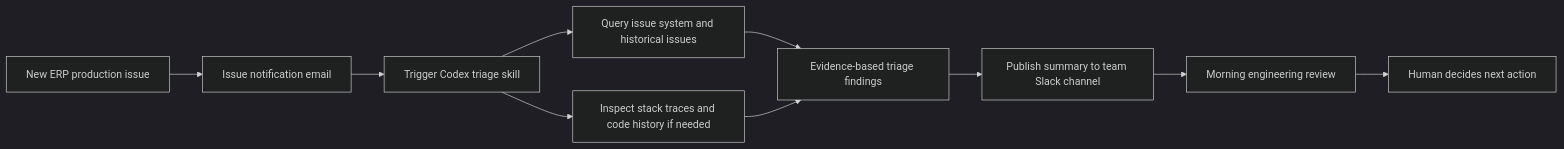
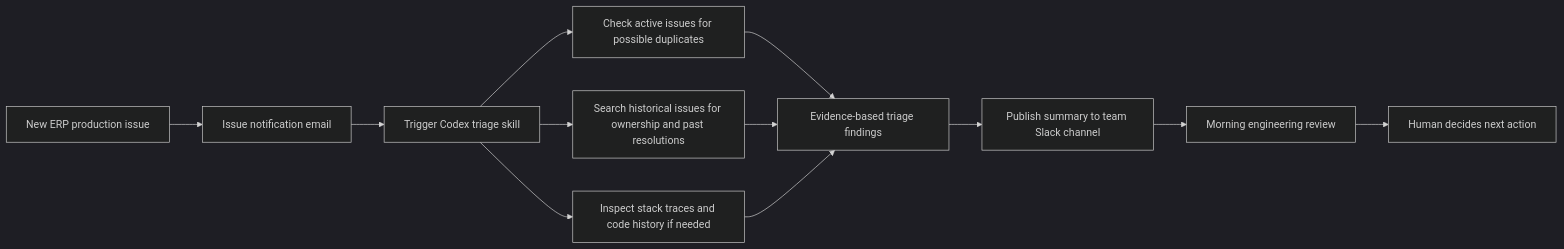
The diagram in docs/diagrams/01-v1-event-pipeline.mmd (yrshenoy/IssuePilot), drawn with Mermaid (dark theme) before and after one commit.

Commit message:
docs: include live issue duplicate detection in V1

```diff
--- a/docs/diagrams/01-v1-event-pipeline.mmd
+++ b/docs/diagrams/01-v1-event-pipeline.mmd
@@ -1,10 +1,12 @@
 flowchart LR
     A["New ERP production issue"] --> B["Issue notification email"]
     B --> C["Trigger Codex triage skill"]
-    C --> D["Query issue system and historical issues"]
-    C --> E["Inspect stack traces and code history if needed"]
-    D --> F["Evidence-based triage findings"]
-    E --> F
-    F --> G["Publish summary to team Slack channel"]
-    G --> H["Morning engineering review"]
-    H --> I["Human decides next action"]
+    C --> D["Check active issues for possible duplicates"]
+    C --> E["Search historical issues for ownership and past resolutions"]
+    C --> F["Inspect stack traces and code history if needed"]
+    D --> G["Evidence-based triage findings"]
+    E --> G
+    F --> G
+    G --> H["Publish summary to team Slack channel"]
+    H --> I["Morning engineering review"]
+    I --> J["Human decides next action"]
```
